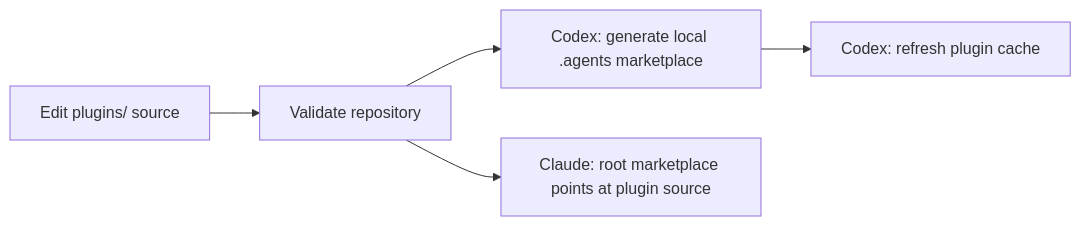
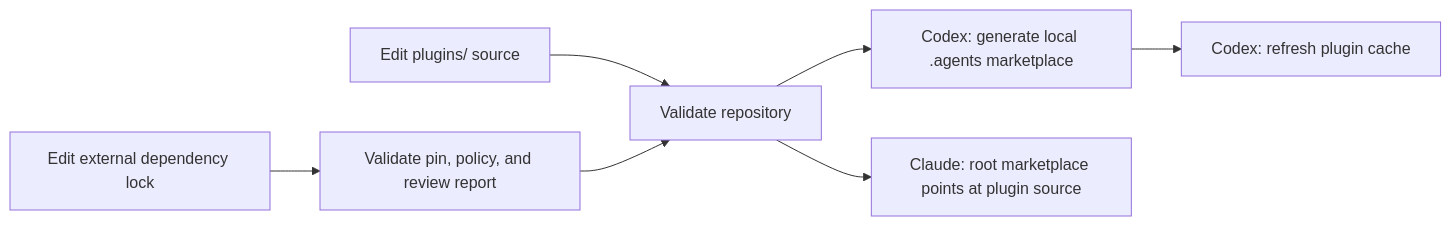
One commit to Xopoko/plug-n-skills changed the second of 2 diagrams in docs/ARCHITECTURE.md. Above: the diagram before and after it, drawn with Mermaid. The commit also changed other lines of this file and 12 other files, not shown here.

Commit message:
Add inert external dependency registry

````diff
--- a/docs/ARCHITECTURE.md
+++ b/docs/ARCHITECTURE.md
@@ -66,7 +96,9 @@
 ```mermaid
 flowchart LR
   A["Edit plugins/<name> source"] --> B["Validate repository"]
   B --> C["Codex: generate local .agents marketplace"]
   C --> D["Codex: refresh plugin cache"]
   B --> E["Claude: root marketplace points at plugin source"]
+  F["Edit external dependency lock"] --> G["Validate pin, policy, and review report"]
+  G --> B
 ```
````
